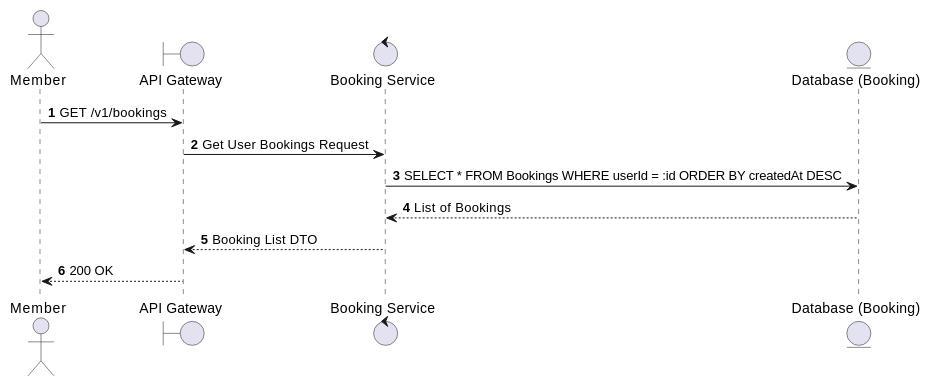
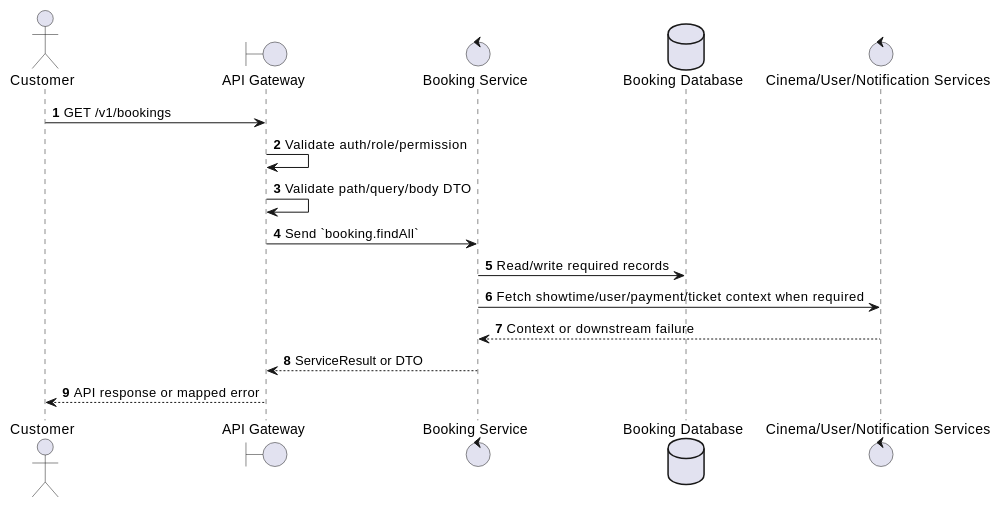
The first of 2 diagrams in docs/functional_specs/3.5.1_User_Booking_Operations/BK-02_List_User_Bookings.md (Tanh1603/movie-hub-architecture), drawn with PlantUML before and after one commit. The commit also changed other lines of this file and 126 other files, not shown here.

````diff
--- a/docs/functional_specs/3.5.1_User_Booking_Operations/BK-02_List_User_Bookings.md
+++ b/docs/functional_specs/3.5.1_User_Booking_Operations/BK-02_List_User_Bookings.md
@@ -17,16 +17,20 @@
 ```plantuml
 @startuml
 autonumber
-actor Member
+actor "Customer" as Actor
 boundary "API Gateway" as GW
-control "Booking Service" as BS
-entity "Database (Booking)" as DB
+control "Booking Service" as SVC
+database "Booking Database" as DB
+control "Cinema/User/Notification Services" as EXT
 
-Member -> GW: GET /v1/bookings
-GW -> BS: Get User Bookings Request
-BS -> DB: SELECT * FROM Bookings WHERE userId = :id ORDER BY createdAt DESC
-DB --> BS: List of Bookings
-BS --> GW: Booking List DTO
-GW --> Member: 200 OK
+Actor -> GW: GET /v1/bookings
+GW -> GW: Validate auth/role/permission
+GW -> GW: Validate path/query/body DTO
+GW -> SVC: Send `booking.findAll`
+SVC -> DB: Read/write required records
+SVC -> EXT: Fetch showtime/user/payment/ticket context when required
+EXT --> SVC: Context or downstream failure
+SVC --> GW: ServiceResult or DTO
+GW --> Actor: API response or mapped error
 @enduml
 ```
````
